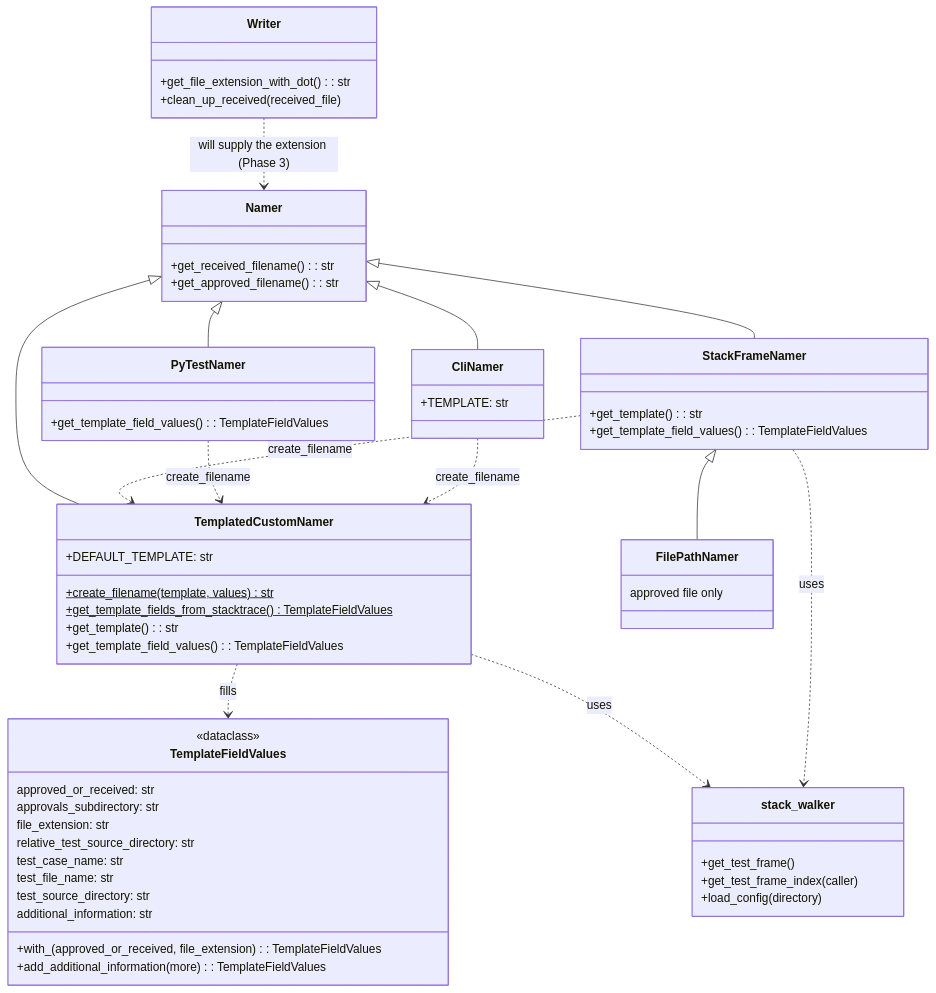
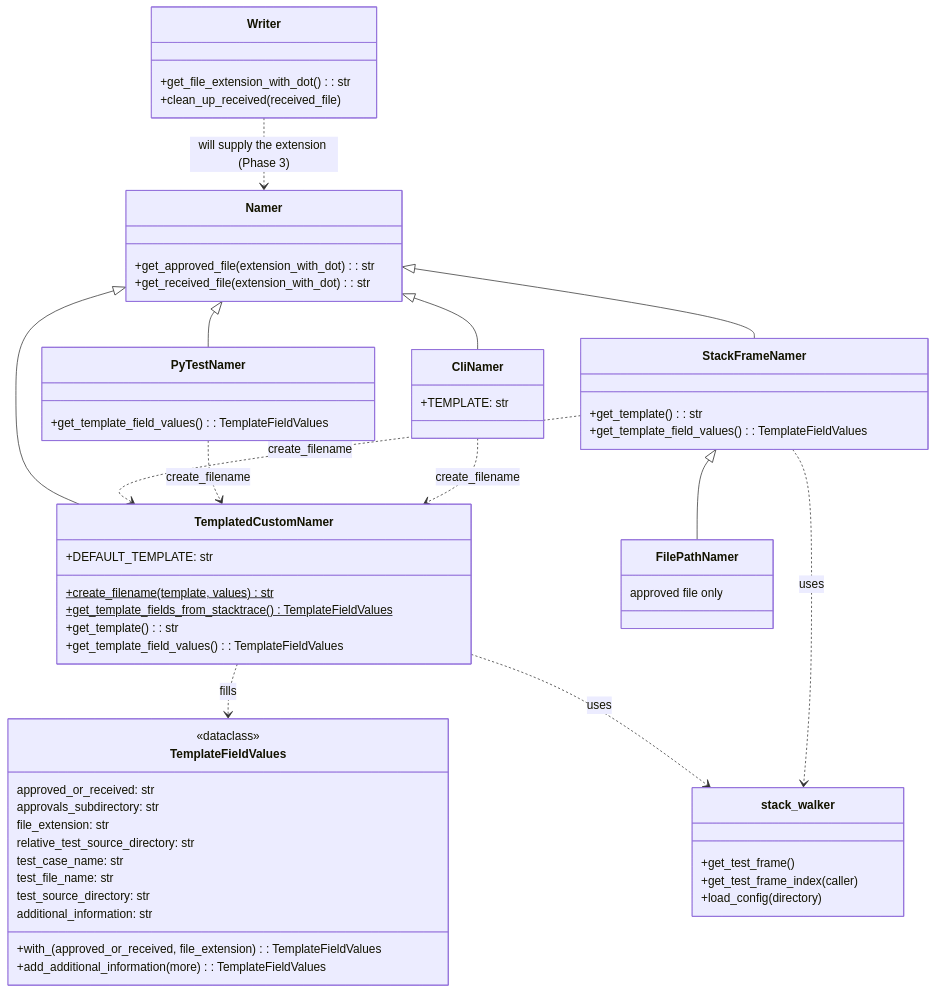
Before and after one commit to approvals/ApprovalTests.Python: the diagram in docs/explanation/namer_architecture.md, drawn with Mermaid. The commit also changed other lines of this file and 19 other files, not shown here.

Commit message:
- r Remove get_approved_filename, get_received_filename and set_extension from namers

````diff
--- a/docs/explanation/namer_architecture.md
+++ b/docs/explanation/namer_architecture.md
@@ -11,69 +11,69 @@
 ```mermaid
 classDiagram
     class Namer {
-        +get_received_filename(): str
-        +get_approved_filename(): str
+        +get_approved_file(extension_with_dot): str
+        +get_received_file(extension_with_dot): str
     }
 
     class TemplateFieldValues {
         <<dataclass>>
         approved_or_received: str
         approvals_subdirectory: str
         file_extension: str
         relative_test_source_directory: str
         test_case_name: str
         test_file_name: str
         test_source_directory: str
         additional_information: str
         +with_(approved_or_received, file_extension): TemplateFieldValues
         +add_additional_information(more): TemplateFieldValues
     }
 
     class TemplatedCustomNamer {
         +DEFAULT_TEMPLATE: str
         +create_filename(template, values)$ str
         +get_template_fields_from_stacktrace()$ TemplateFieldValues
         +get_template(): str
         +get_template_field_values(): TemplateFieldValues
     }
     Namer <|-- TemplatedCustomNamer
     TemplatedCustomNamer ..> TemplateFieldValues : fills
 
     class StackFrameNamer {
         +get_template(): str
         +get_template_field_values(): TemplateFieldValues
     }
     Namer <|-- StackFrameNamer
     class FilePathNamer {
         approved file only
     }
     StackFrameNamer <|-- FilePathNamer
 
     class PyTestNamer {
         +get_template_field_values(): TemplateFieldValues
     }
     Namer <|-- PyTestNamer
 
     class CliNamer {
         +TEMPLATE: str
     }
     Namer <|-- CliNamer
 
     class stack_walker {
         +get_test_frame()
         +get_test_frame_index(caller)
         +load_config(directory)
     }
 
     class Writer {
         +get_file_extension_with_dot(): str
         +clean_up_received(received_file)
     }
 
     StackFrameNamer ..> TemplatedCustomNamer : create_filename
     PyTestNamer ..> TemplatedCustomNamer : create_filename
     CliNamer ..> TemplatedCustomNamer : create_filename
     TemplatedCustomNamer ..> stack_walker : uses
     StackFrameNamer ..> stack_walker : uses
     Writer ..> Namer : will supply the extension (Phase 3)
 ```
````
